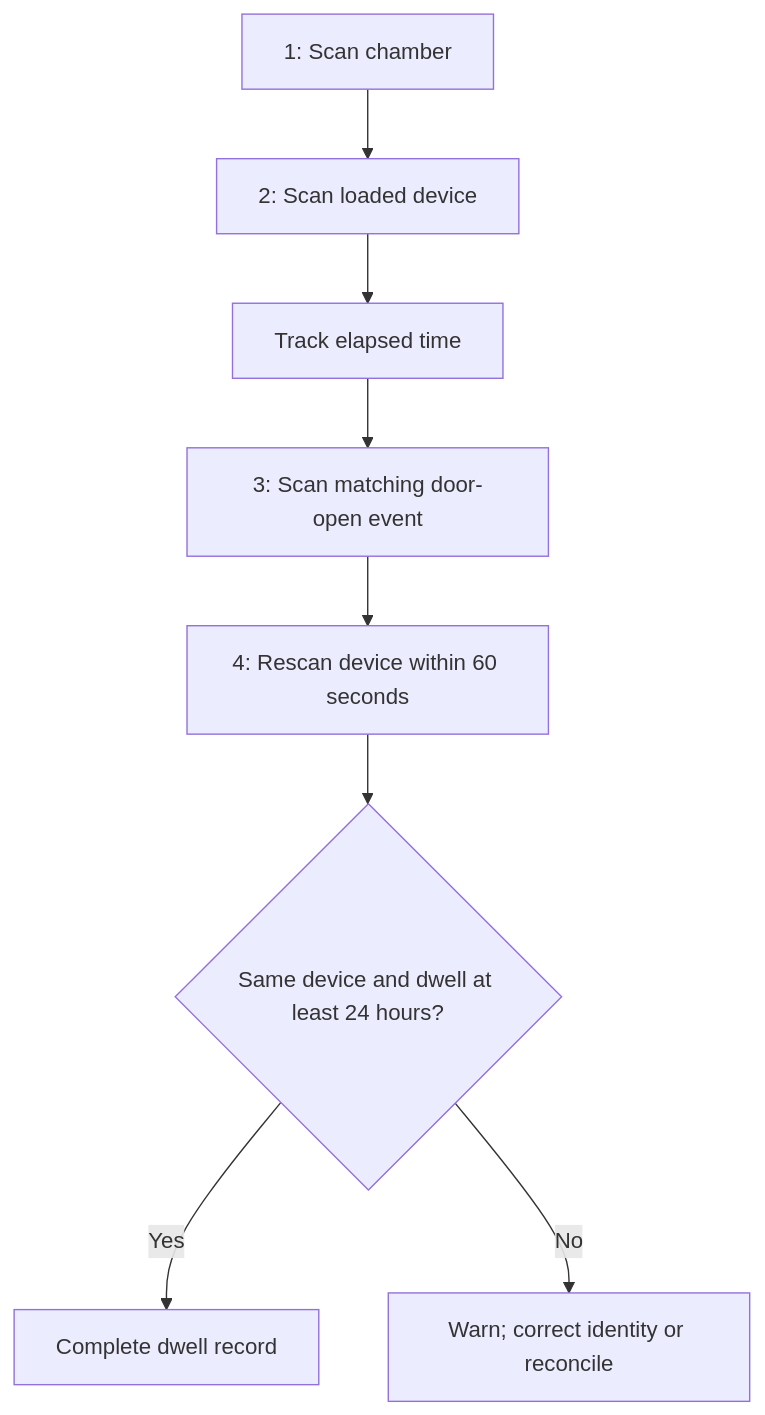
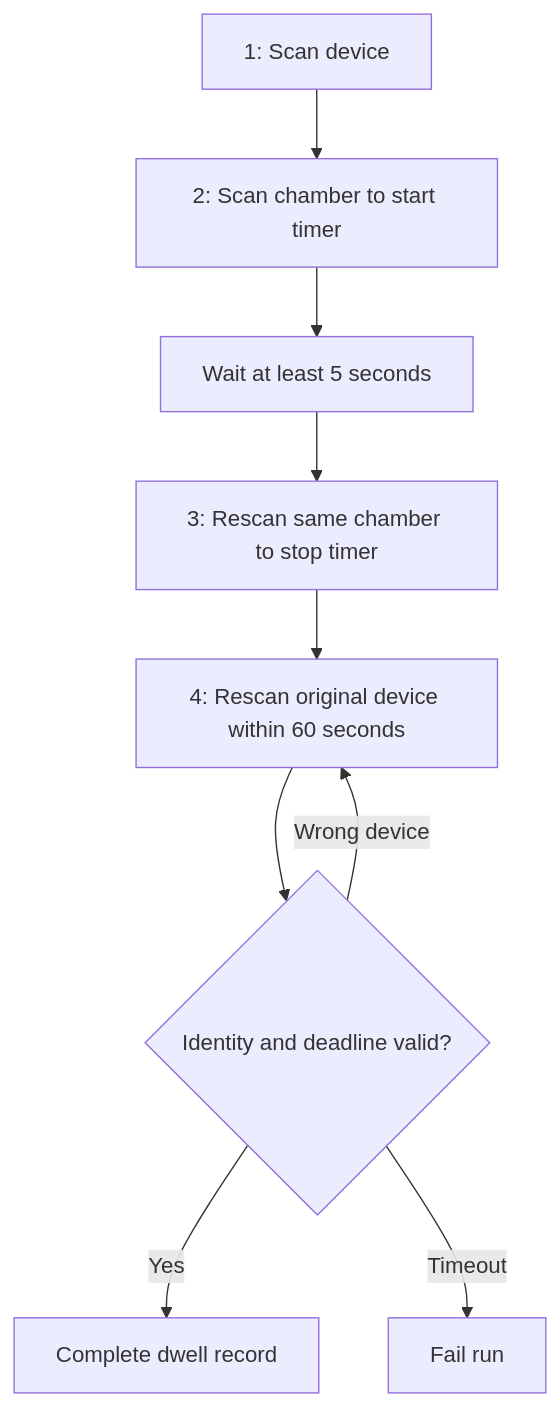
Before and after one commit to CocoHusky/manufacturing-qr-scanner: the fourth of 4 diagrams in docs/workflows/README.md, drawn with Mermaid. The commit also changed other lines of this file and 35 other files, not shown here.

````diff
--- a/docs/workflows/README.md
+++ b/docs/workflows/README.md
@@ -74,10 +75,11 @@
 ```mermaid
 flowchart TD
- A[1: Scan chamber] --> B[2: Scan loaded device]
- B --> C[Track elapsed time]
- C --> D[3: Scan matching door-open event]
- D --> E[4: Rescan device within 60 seconds]
- E --> F{Same device and dwell at least 24 hours?}
+ A[1: Scan device] --> B[2: Scan chamber to start timer]
+ B --> C[Wait at least 5 seconds]
+ C --> D[3: Rescan same chamber to stop timer]
+ D --> E[4: Rescan original device within 60 seconds]
+ E --> F{Identity and deadline valid?}
  F -->|Yes| G[Complete dwell record]
- F -->|No| W[Warn; correct identity or reconcile]
+ F -->|Wrong device| E
+ F -->|Timeout| W[Fail run]
 ```
````
